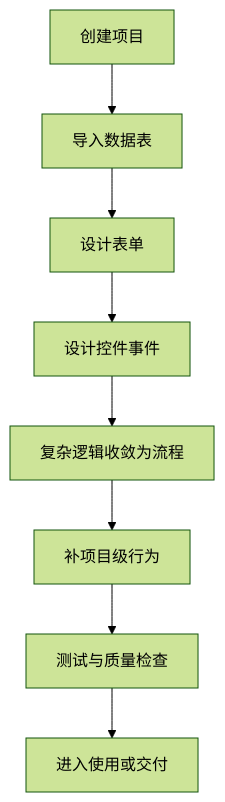
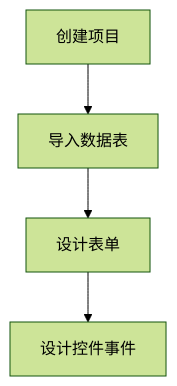
Before and after one commit to xns1997/FormFlow-Studio: the first of 2 diagrams in docs/project-creation-spec.md, drawn with Mermaid (forest theme). The commit also changed other lines of this file and 36 other files, not shown here.

First line of the commit message:
docs: 补齐文档平台流程图并修正内容

````diff
--- a/docs/project-creation-spec.md
+++ b/docs/project-creation-spec.md
@@ -11,10 +11,6 @@
 ```mermaid
 flowchart TD
   A["创建项目"] --> B["导入数据表"]
   B --> C["设计表单"]
   C --> D["设计控件事件"]
-  D --> E["复杂逻辑收敛为流程"]
-  E --> F["补项目级行为"]
-  F --> G["测试与质量检查"]
-  G --> H["进入使用或交付"]
 ```
````
